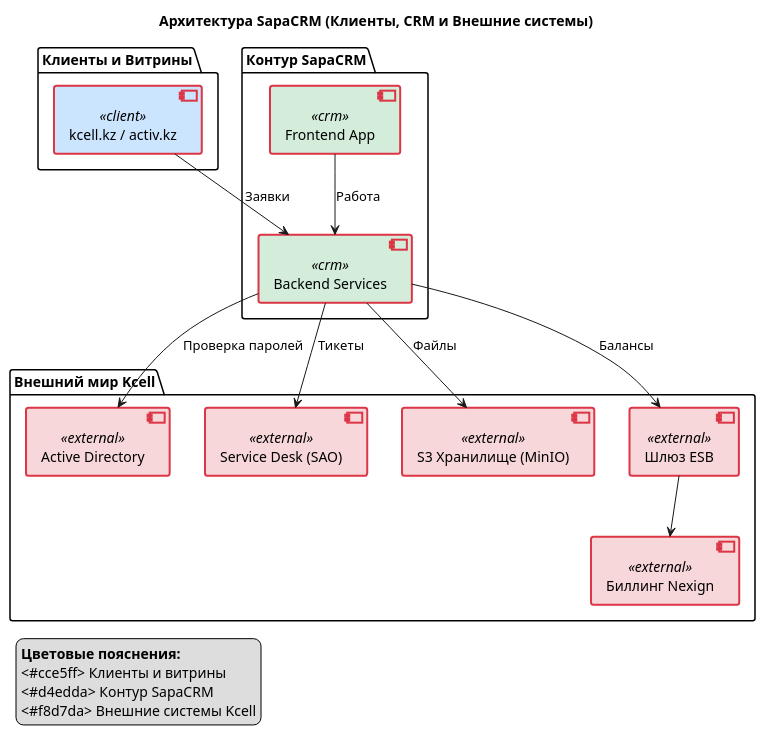
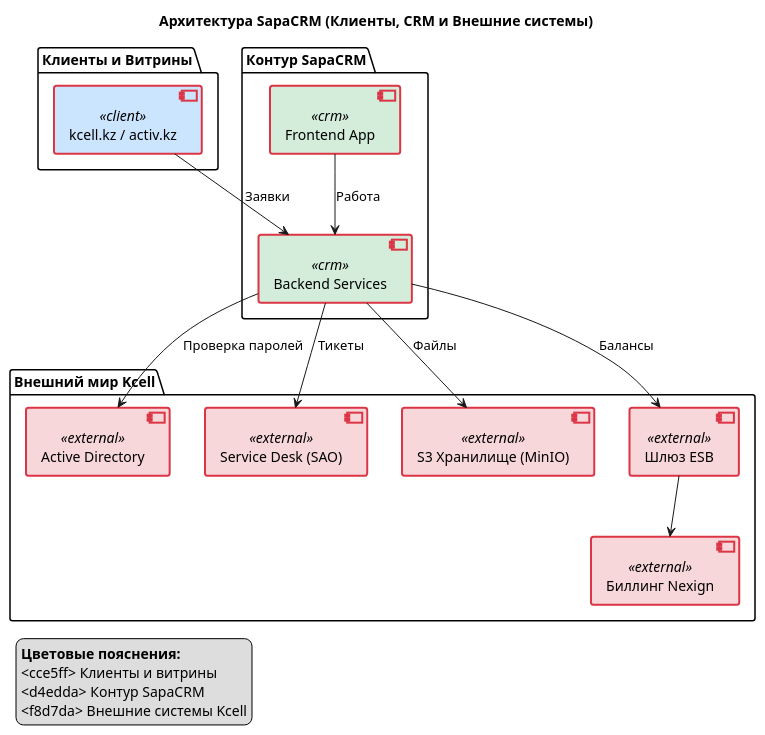
One commit to styazhkoV/- changed the second of 11 diagrams in SapaCRM Kcell описание/v 2.1.3  Full Version Архитектура и устройство SapaCRM (АО «Kcell»).md. Above: the diagram before and after it, drawn with PlantUML. The commit also changed other lines of this file and 53 other files, not shown here.

````diff
--- a/SapaCRM Kcell описание/v 2.1.3  Full Version Архитектура и устройство SapaCRM (АО «Kcell»).md
+++ b/SapaCRM Kcell описание/v 2.1.3  Full Version Архитектура и устройство SapaCRM (АО «Kcell»).md
@@ -118,59 +118,59 @@
 ```plantuml
 @startuml
 title Архитектура SapaCRM (Клиенты, CRM и Внешние системы)
 
 package "Клиенты и Витрины" {
   component "kcell.kz / activ.kz" as Web <<client>>
 }
 
 package "Контур SapaCRM" {
   component "Backend Services" as Core <<crm>>
   component "Frontend App" as UI <<crm>>
 }
 
 package "Внешний мир Kcell" {
   component "Active Directory" as AD <<external>>
   component "Биллинг Nexign" as Nexign <<external>>
   component "Service Desk (SAO)" as SAO <<external>>
   component "S3 Хранилище (MinIO)" as MinIO <<external>>
   component "Шлюз ESB" as ESB <<external>>
 }
 
 ' === Связи ===
 Web --> Core : Заявки
 UI --> Core : Работа
 Core --> AD : Проверка паролей
 Core --> ESB : Балансы
 ESB --> Nexign
 Core --> SAO : Тикеты
 Core --> MinIO : Файлы
 
 ' === Стилизация ===
 skinparam component {
-  BackgroundColor<<client>> #cce5ff
-  BorderColor #004085
+  BackgroundColor<<client>> cce5ff
+  BorderColor 004085
   BorderThickness 2
 }
 
 skinparam component {
-  BackgroundColor<<crm>> #d4edda
-  BorderColor #28a745
+  BackgroundColor<<crm>> d4edda
+  BorderColor 28a745
   BorderThickness 2
 }
 
 skinparam component {
-  BackgroundColor<<external>> #f8d7da
-  BorderColor #dc3545
+  BackgroundColor<<external>> f8d7da
+  BorderColor dc3545
   BorderThickness 2
 }
 
 legend left
   <b>Цветовые пояснения:</b>
-  <#cce5ff> Клиенты и витрины
-  <#d4edda> Контур SapaCRM
-  <#f8d7da> Внешние системы Kcell
+  <cce5ff> Клиенты и витрины
+  <d4edda> Контур SapaCRM
+  <f8d7da> Внешние системы Kcell
 endlegend
 
 @enduml
 
 ```
````
